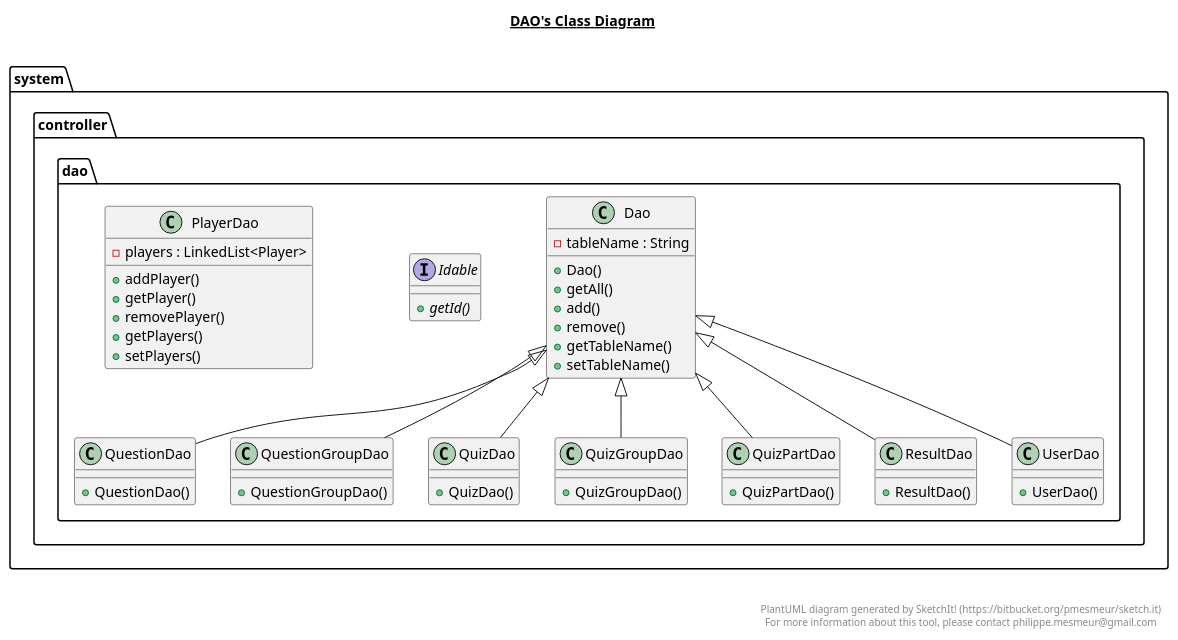
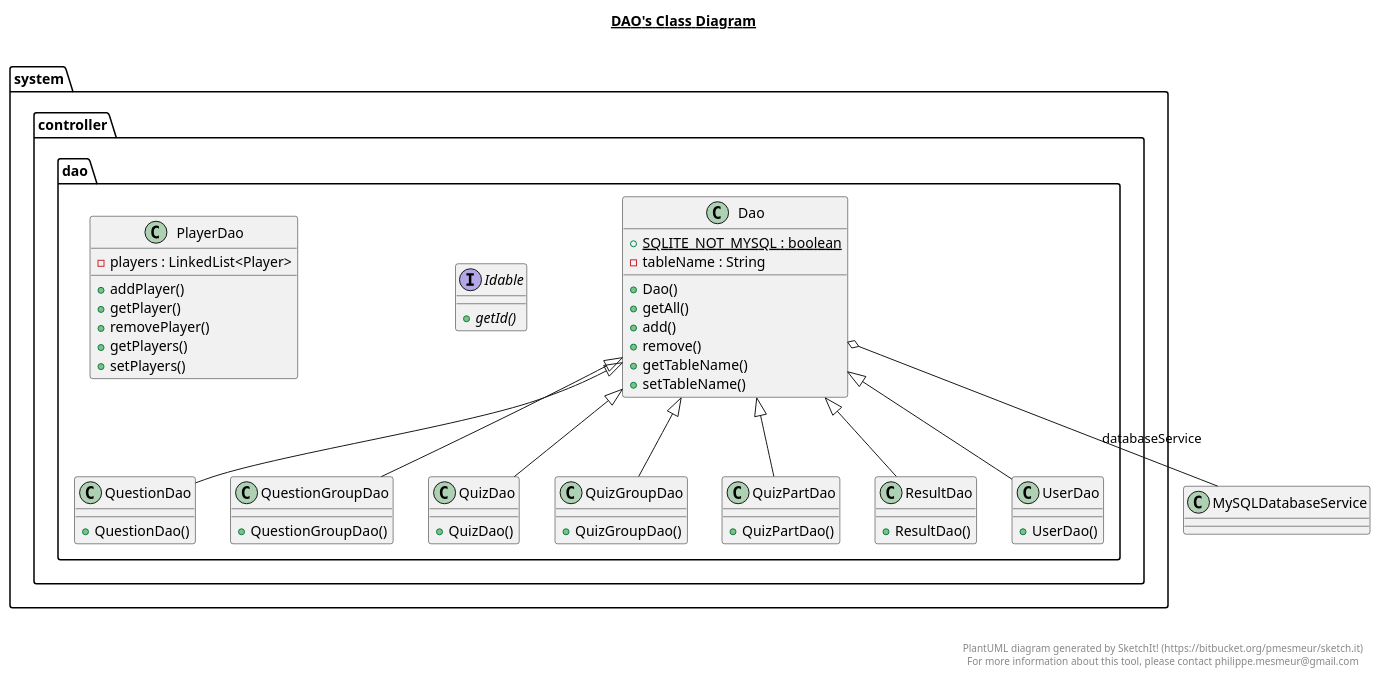
Before and after one commit to berl-a/DiplomaBackend: the diagram in src/main/java/system/controller/dao/dao.plantuml, drawn with PlantUML. The commit also changed 601 other files, not shown here.

```diff
--- a/src/main/java/system/controller/dao/dao.plantuml
+++ b/src/main/java/system/controller/dao/dao.plantuml
@@ -1,122 +1,124 @@
 @startuml
 
 title __DAO's Class Diagram__\n
 
   package system.controller {
     package system.controller.dao {
       class Dao {
+          {static} + SQLITE_NOT_MYSQL : boolean
           - tableName : String
           + Dao()
           + getAll()
           + add()
           + remove()
           + getTableName()
           + setTableName()
       }
     }
   }
   
 
   package system.controller {
     package system.controller.dao {
       interface Idable {
           {abstract} + getId()
       }
     }
   }
   
 
   package system.controller {
     package system.controller.dao {
       class PlayerDao {
           - players : LinkedList<Player>
           + addPlayer()
           + getPlayer()
           + removePlayer()
           + getPlayers()
           + setPlayers()
       }
     }
   }
   
 
   package system.controller {
     package system.controller.dao {
       class QuestionDao {
           + QuestionDao()
       }
     }
   }
   
 
   package system.controller {
     package system.controller.dao {
       class QuestionGroupDao {
           + QuestionGroupDao()
       }
     }
   }
   
 
   package system.controller {
     package system.controller.dao {
       class QuizDao {
           + QuizDao()
       }
     }
   }
   
 
   package system.controller {
     package system.controller.dao {
       class QuizGroupDao {
           + QuizGroupDao()
       }
     }
   }
   
 
   package system.controller {
     package system.controller.dao {
       class QuizPartDao {
           + QuizPartDao()
       }
     }
   }
   
 
   package system.controller {
     package system.controller.dao {
       class ResultDao {
           + ResultDao()
       }
     }
   }
   
 
   package system.controller {
     package system.controller.dao {
       class UserDao {
           + UserDao()
       }
     }
   }
   
 
+  Dao o-- MySQLDatabaseService : databaseService
   QuestionDao -up-|> Dao
   QuestionGroupDao -up-|> Dao
   QuizDao -up-|> Dao
   QuizGroupDao -up-|> Dao
   QuizPartDao -up-|> Dao
   ResultDao -up-|> Dao
   UserDao -up-|> Dao
 
 
 right footer
 
 
 PlantUML diagram generated by SketchIt! (https://bitbucket.org/pmesmeur/sketch.it)
 For more information about this tool, please contact philippe.mesmeur@gmail.com
 endfooter
 
 @enduml
```
